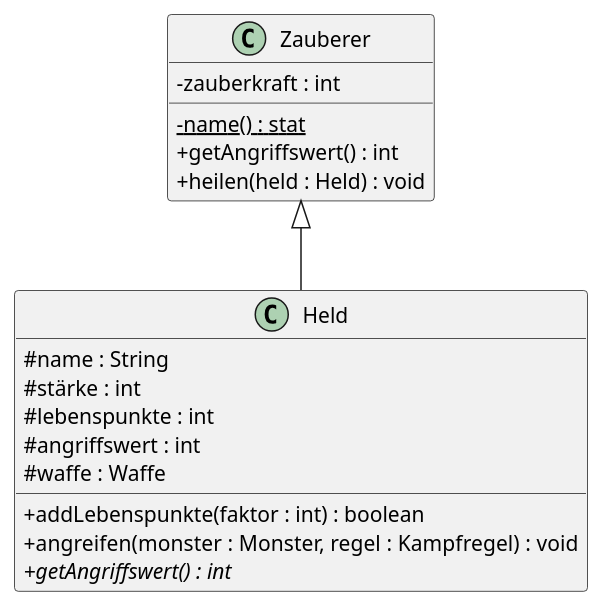
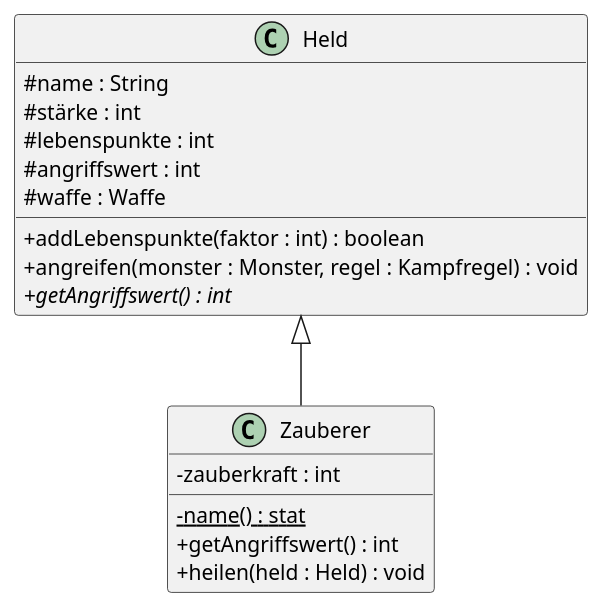
One commit to Katzentante/plantuml2java changed the diagram in test.puml. Above: the diagram before and after it, drawn with PlantUML. The commit also changed 7 other files, not shown here.

```diff
--- a/test.puml
+++ b/test.puml
@@ -1,38 +1,38 @@
 @startuml
 skinparam classAttributeIconSize 0
 class Held{
 # name : String
 # stärke : int
 # lebenspunkte : int
 # angriffswert : int
 # waffe : Waffe
 + addLebenspunkte(faktor : int) : boolean
 + angreifen(monster : Monster, regel : Kampfregel) : void
 + {abstract} getAngriffswert() : int
 }
 class Zauberer{
 - zauberkraft : int
 - {static} name() : stat
 + getAngriffswert() : int
 + heilen(held : Held) : void
 }
-Zauberer <|-- Held
+Held <|-- Zauberer
 ' class Krieger{
 ' - ausdauer : int
 ' + Krieger(name : String, stärke : int, lebenspunkte : int, angriffswert : int, ausdauer : int)
 ' + Krieger(name : String)
 ' + getAngriffswert() : int
 ' }
 ' Krieger --|> Held
 ' class Würfel{
 ' - augen : int
 ' + Würfel(augen : int)
 ' + würfeln() : int
 ' }
 '
 ' class Gott {
 ' - Gottpower : long
 ' + {static} würfeln() : long
 ' + töten(held: Held) : void 
 ' }
 @enduml
```
